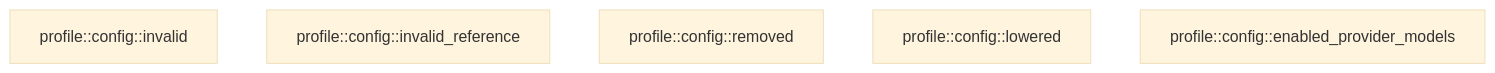
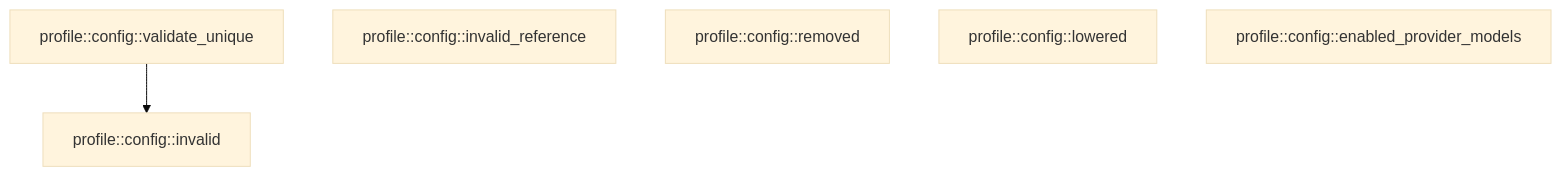
The fifth of 5 diagrams in crates/profile/docs/generated/src--config.md (TekesApps/TekesKernel), drawn with Mermaid (base theme) before and after one commit. The commit also changed other lines of this file and 147 other files, not shown here.

````diff
--- a/crates/profile/docs/generated/src--config.md
+++ b/crates/profile/docs/generated/src--config.md
@@ -547,8 +550,10 @@
 ```mermaid
 flowchart TD
-  n0["profile::config::invalid"]
-  n1["profile::config::invalid_reference"]
-  n2["profile::config::removed"]
-  n3["profile::config::lowered"]
-  n4["profile::config::enabled_provider_models"]
+  n0["profile::config::validate_unique"]
+  n1["profile::config::invalid"]
+  n2["profile::config::invalid_reference"]
+  n3["profile::config::removed"]
+  n4["profile::config::lowered"]
+  n5["profile::config::enabled_provider_models"]
+  n0 --> n1
 ```
````
